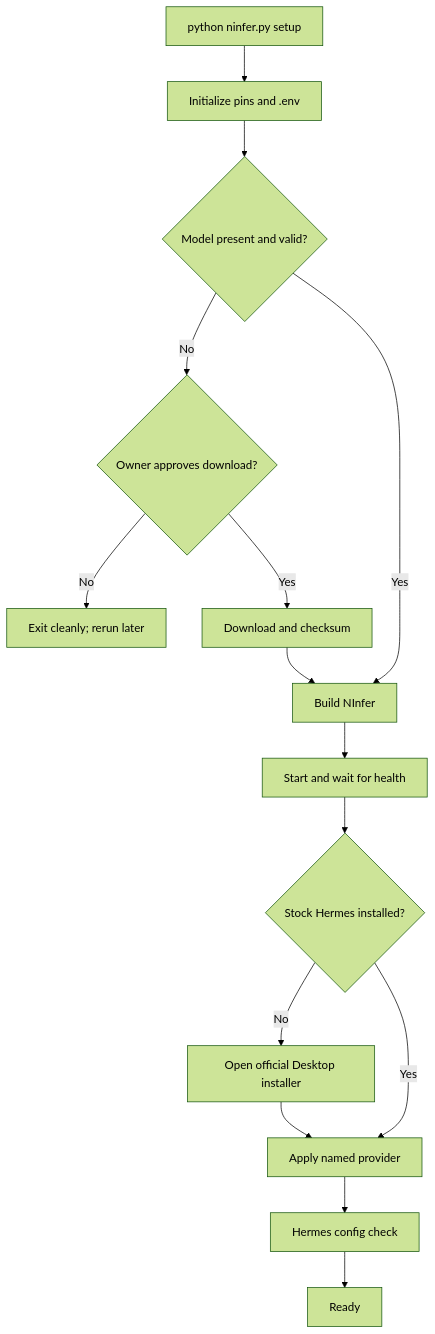
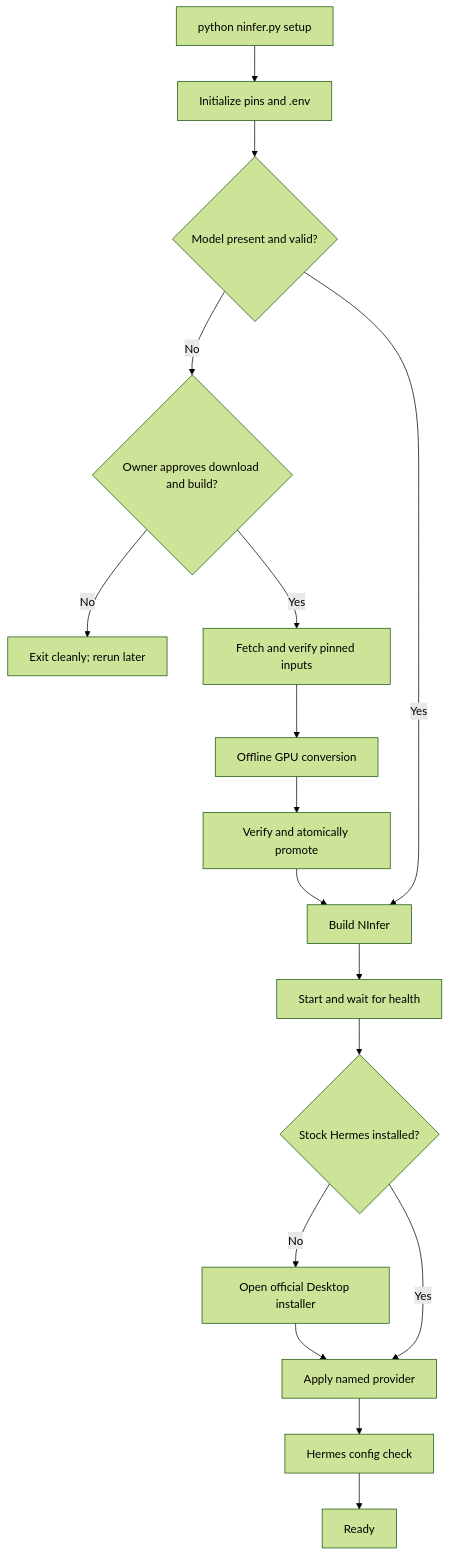
Before and after one commit to joelfourhman/hermes_ninfer_stack: the diagram in docs/design-overview.md, drawn with Mermaid (forest theme). The commit also changed other lines of this file and 36 other files, not shown here.

````diff
--- a/docs/design-overview.md
+++ b/docs/design-overview.md
@@ -73,17 +83,19 @@
 ```mermaid
 flowchart TD
     Start[python ninfer.py setup] --> Init[Initialize pins and .env]
     Init --> Present{Model present and valid?}
-    Present -->|No| Consent{Owner approves download?}
+    Present -->|No| Consent{Owner approves download and build?}
     Consent -->|No| Pause[Exit cleanly; rerun later]
-    Consent -->|Yes| Download[Download and checksum]
+    Consent -->|Yes| Download[Fetch and verify pinned inputs]
+    Download --> Convert[Offline GPU conversion]
+    Convert --> Promote[Verify and atomically promote]
     Present -->|Yes| Build
-    Download --> Build[Build NInfer]
+    Promote --> Build[Build NInfer]
     Build --> Healthy[Start and wait for health]
     Healthy --> Hermes{Stock Hermes installed?}
     Hermes -->|No| Official[Open official Desktop installer]
     Official --> Configure
     Hermes -->|Yes| Configure[Apply named provider]
     Configure --> Check[Hermes config check]
     Check --> Done[Ready]
 ```
````
